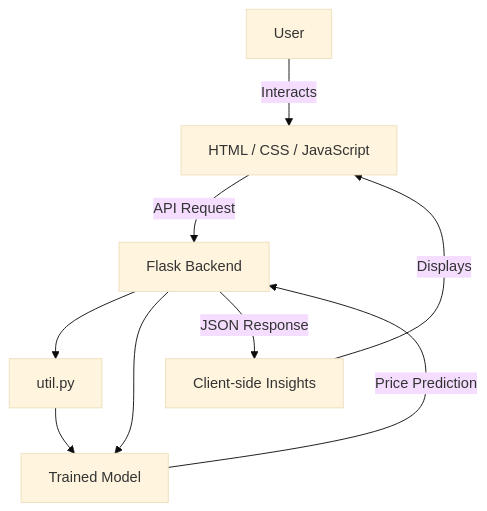
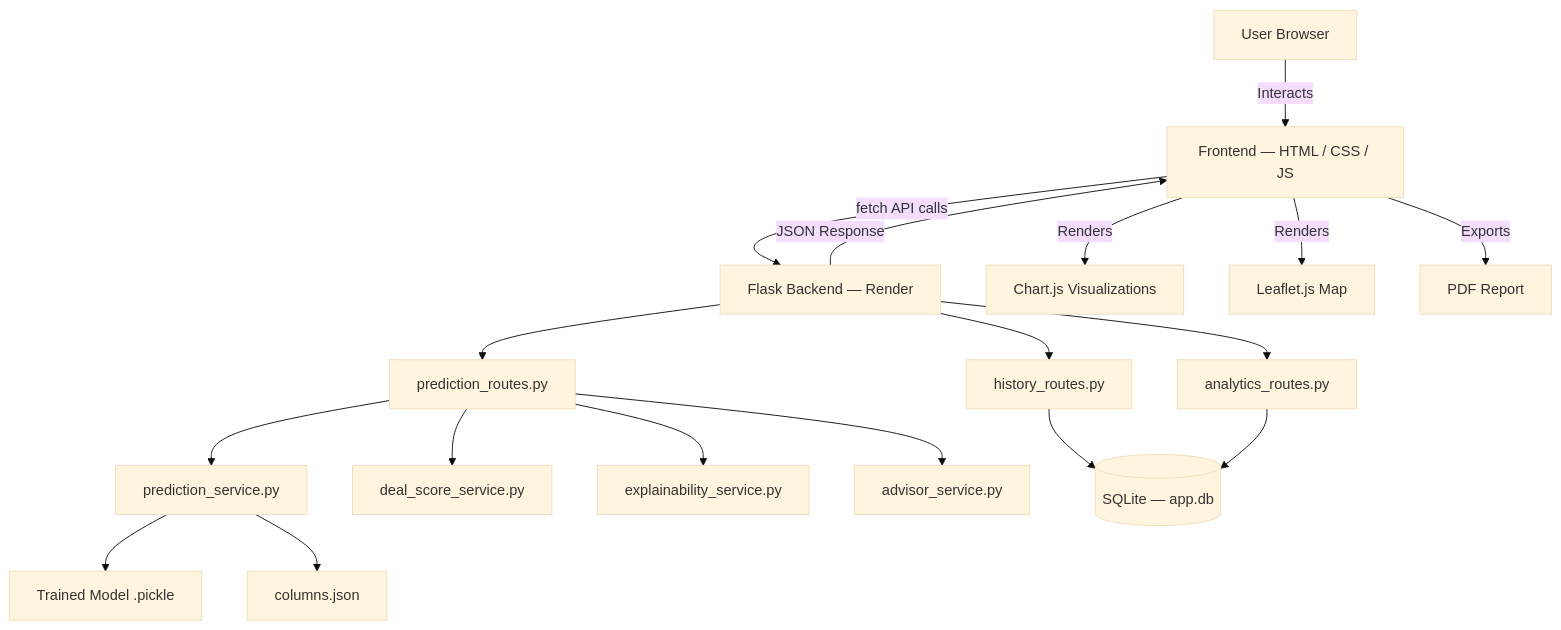
One commit to dhruvikkansagara23-boop/Bangalore-House-Price-Prediction changed the second of 2 diagrams in README.md. Above: the diagram before and after it, drawn with Mermaid (base theme). The commit also changed other lines of this file, not shown here.

````diff
--- a/README.md
+++ b/README.md
@@ -144,11 +194,20 @@
 ```mermaid
 graph TD;
-    U[User] -->|Interacts| UI[HTML / CSS / JavaScript];
-    UI -->|API Request| FB[Flask Backend];
-    FB --> UT[util.py];
-    FB --> TM[Trained Model];
-    UT --> TM;
-    TM -->|Price Prediction| FB;
-    FB -->|JSON Response| CI[Client-side Insights];
-    CI -->|Displays| UI;
+    U[User Browser] -->|Interacts| FE[Frontend — HTML / CSS / JS];
+    FE -->|fetch API calls| FB[Flask Backend — Render];
+    FB --> PR[prediction_routes.py];
+    FB --> HR[history_routes.py];
+    FB --> AR[analytics_routes.py];
+    PR --> PS[prediction_service.py];
+    PR --> DS[deal_score_service.py];
+    PR --> ES[explainability_service.py];
+    PR --> AS[advisor_service.py];
+    PS --> MODEL[Trained Model .pickle];
+    PS --> COL[columns.json];
+    HR --> DB[(SQLite — app.db)];
+    AR --> DB;
+    FB -->|JSON Response| FE;
+    FE -->|Renders| CHARTS[Chart.js Visualizations];
+    FE -->|Renders| MAP[Leaflet.js Map];
+    FE -->|Exports| PDF[PDF Report];
 ```
````
